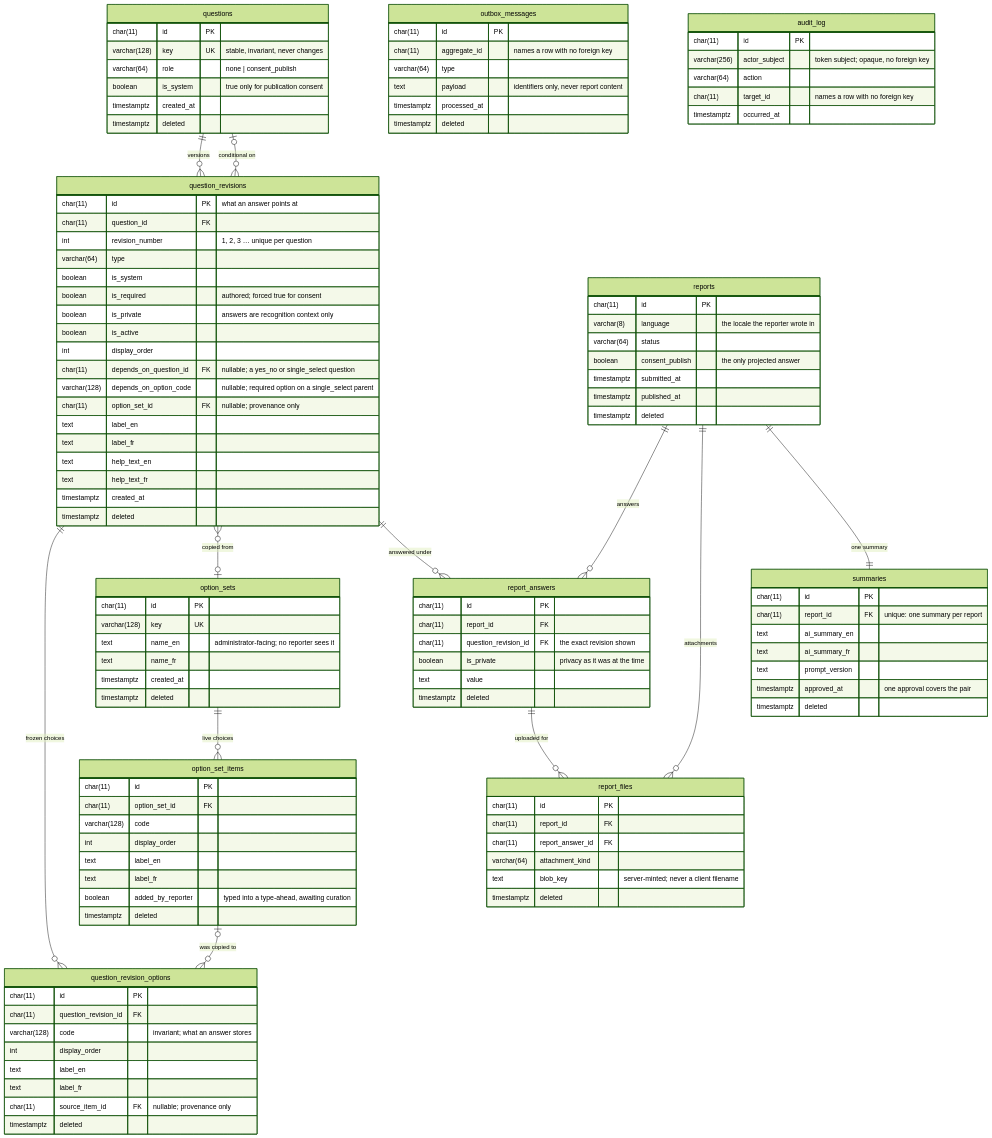
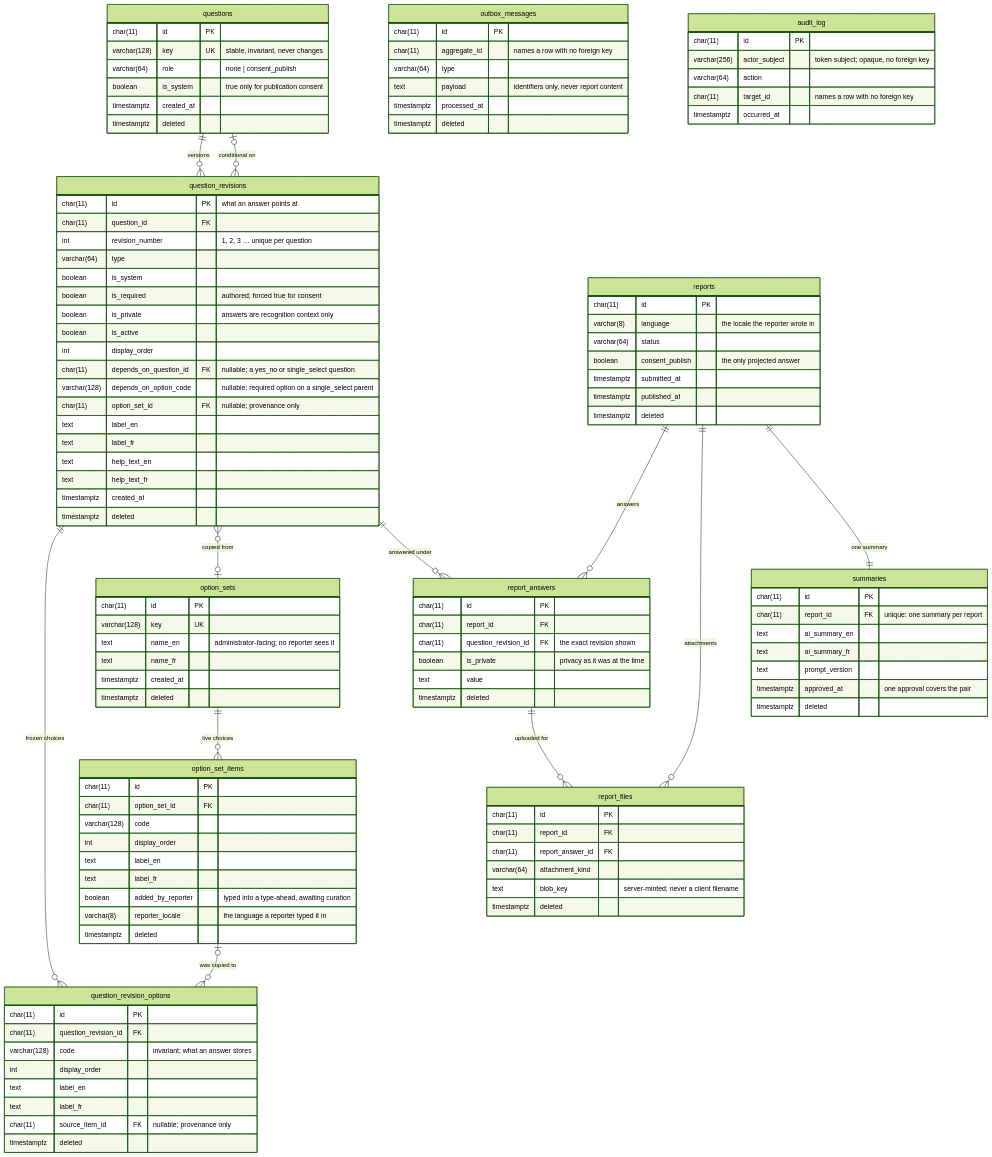
The diagram in src/HpacSafety.Infrastructure/Persistence/Migrations/README.md (HPAC-Safety/safety-report), drawn with Mermaid (forest theme) before and after one commit. The commit also changed other lines of this file and 39 other files, not shown here.

```diff
--- a/src/HpacSafety.Infrastructure/Persistence/Migrations/README.md
+++ b/src/HpacSafety.Infrastructure/Persistence/Migrations/README.md
@@ -123,6 +123,7 @@
         text label_en
         text label_fr
         boolean added_by_reporter "typed into a type-ahead, awaiting curation"
+        varchar(8) reporter_locale "the language a reporter typed it in"
         timestamptz deleted
     }
 
```
